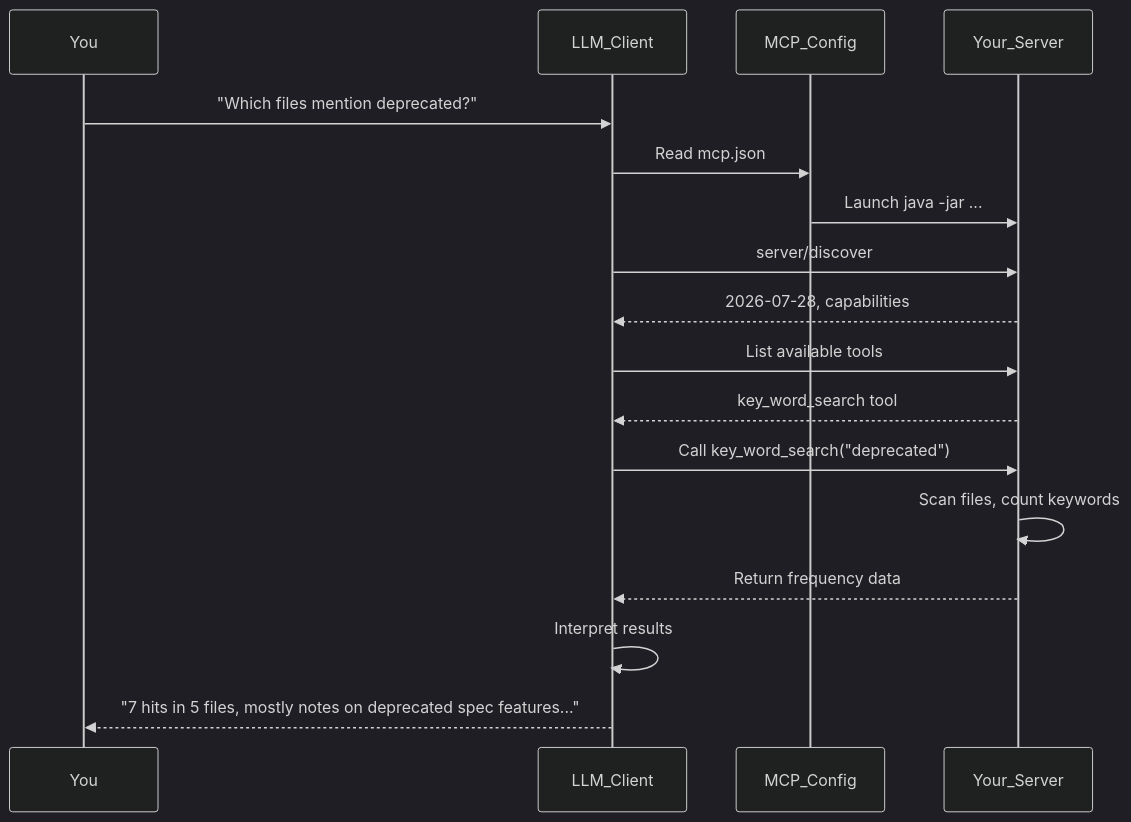
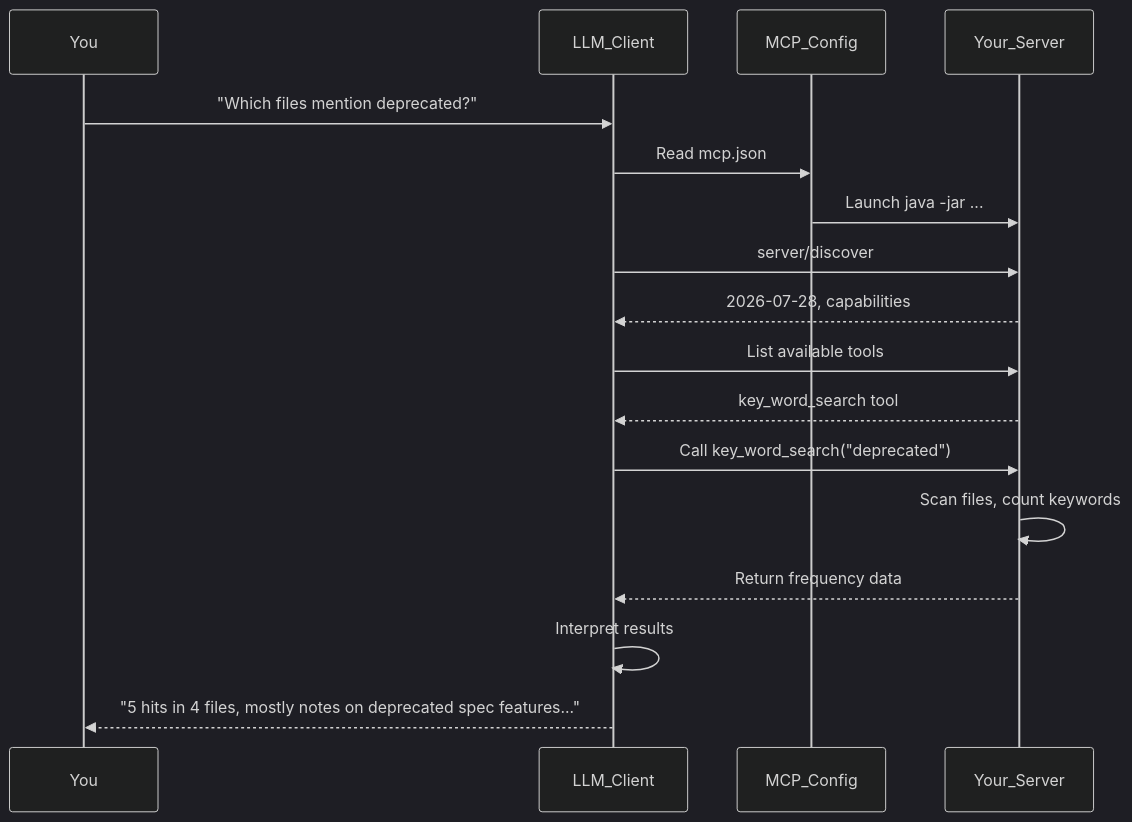
Before and after one commit to David-Parry/agent-mcp-workshop: the third of 3 diagrams in lessons/bonus-live-llm-overview.md, drawn with Mermaid (dark theme). The commit also changed 52 other files, not shown here.

````diff
--- a/lessons/bonus-live-llm-overview.md
+++ b/lessons/bonus-live-llm-overview.md
@@ -122,23 +122,23 @@
 ```mermaid
 sequenceDiagram
     participant You
     participant LLM_Client
     participant MCP_Config
     participant Your_Server
 
     You->>LLM_Client: "Which files mention deprecated?"
     LLM_Client->>MCP_Config: Read mcp.json
     MCP_Config->>Your_Server: Launch java -jar ...
 
     LLM_Client->>Your_Server: server/discover
     Your_Server-->>LLM_Client: 2026-07-28, capabilities
     LLM_Client->>Your_Server: List available tools
     Your_Server-->>LLM_Client: key_word_search tool
 
     LLM_Client->>Your_Server: Call key_word_search("deprecated")
     Your_Server->>Your_Server: Scan files, count keywords
     Your_Server-->>LLM_Client: Return frequency data
 
     LLM_Client->>LLM_Client: Interpret results
-    LLM_Client-->>You: "7 hits in 5 files, mostly notes on deprecated spec features..."
+    LLM_Client-->>You: "5 hits in 4 files, mostly notes on deprecated spec features..."
 ```
````
